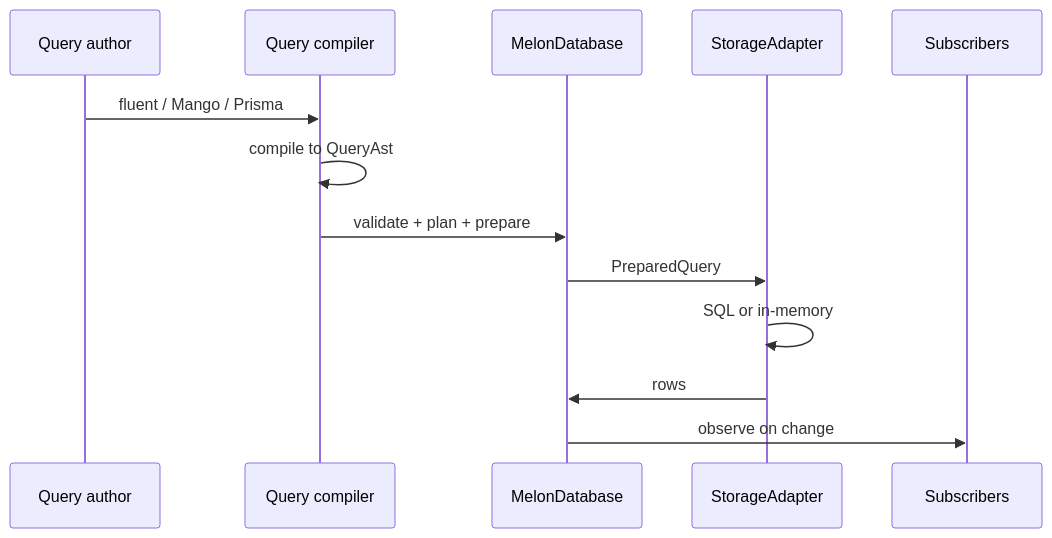
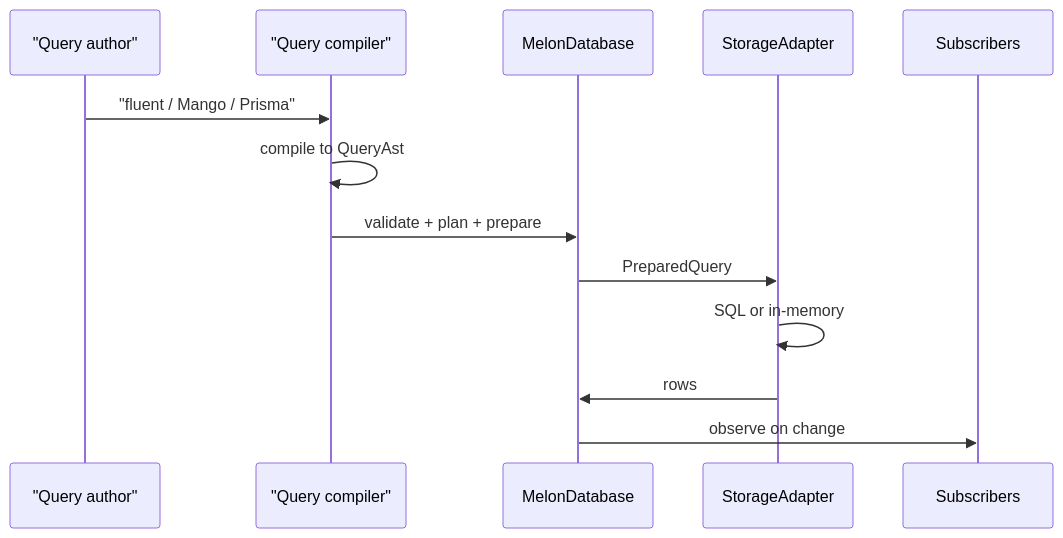
The second of 4 diagrams in apps/docs/content/docs/architecture/index.mdx (nwnichols02/melon-db), drawn with Mermaid before and after one commit. The commit also changed other lines of this file and 10 other files, not shown here.

First line of the commit message:
Enhance Mermaid integration and update documentation

````diff
--- a/apps/docs/content/docs/architecture/index.mdx
+++ b/apps/docs/content/docs/architecture/index.mdx
@@ -58,16 +58,16 @@
 ```mermaid
 sequenceDiagram
-  participant Author as Query author
-  participant Compiler as Query compiler
+  participant Author as "Query author"
+  participant Compiler as "Query compiler"
   participant DB as MelonDatabase
   participant Adapter as StorageAdapter
   participant Sub as Subscribers
 
-  Author->>Compiler: fluent / Mango / Prisma
+  Author->>Compiler: "fluent / Mango / Prisma"
   Compiler->>Compiler: compile to QueryAst
   Compiler->>DB: validate + plan + prepare
   DB->>Adapter: PreparedQuery
   Adapter->>Adapter: SQL or in-memory
   Adapter->>DB: rows
   DB->>Sub: observe on change
 ```
````
